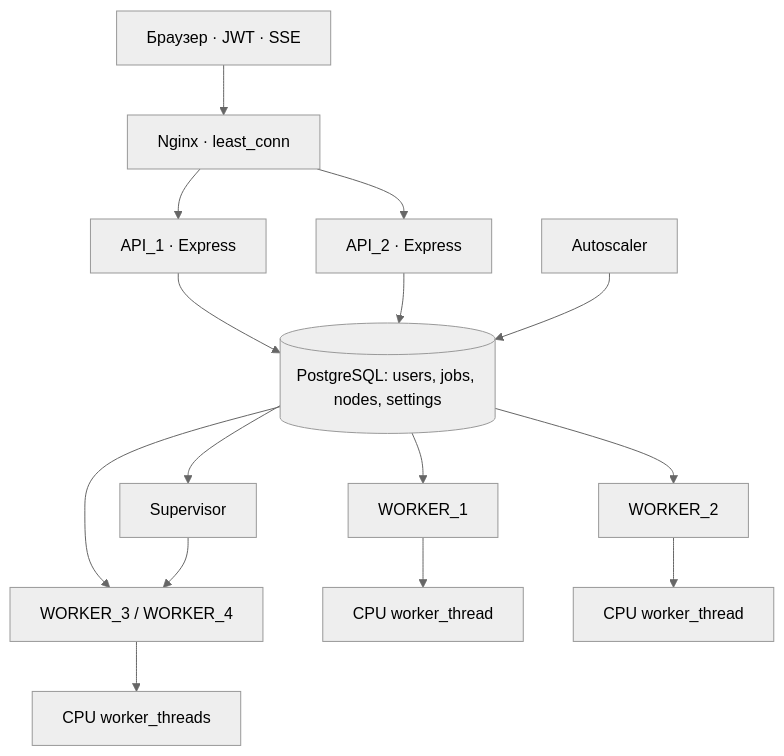
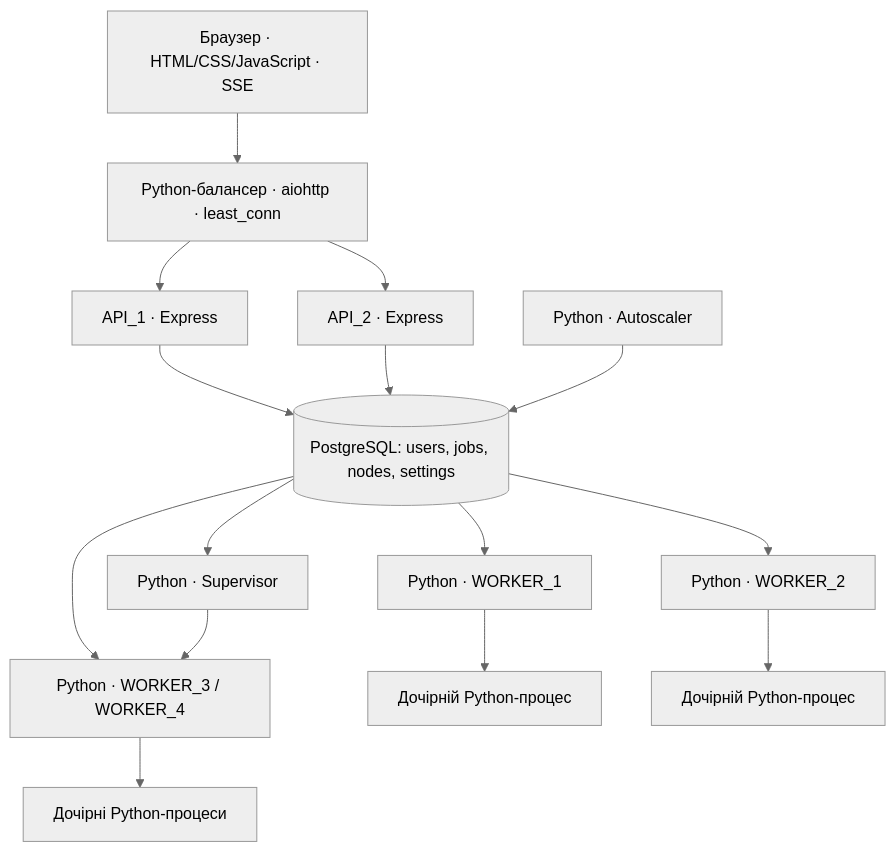
The diagram in docs/ARCHITECTURE.md (SYlence23/tempo-scheduler), drawn with Mermaid (neutral theme) before and after one commit. The commit also changed other lines of this file and 48 other files, not shown here.

````diff
--- a/docs/ARCHITECTURE.md
+++ b/docs/ARCHITECTURE.md
@@ -5,17 +5,17 @@
 ```mermaid
 flowchart TB
-  B[Браузер · JWT · SSE] --> N[Nginx · least_conn]
+  B[Браузер · HTML/CSS/JavaScript · SSE] --> N[Python-балансер · aiohttp · least_conn]
   N --> A1[API_1 · Express]
   N --> A2[API_2 · Express]
   A1 --> DB[(PostgreSQL: users, jobs, nodes, settings)]
   A2 --> DB
-  DB --> W1[WORKER_1]
-  DB --> W2[WORKER_2]
-  DB --> W34[WORKER_3 / WORKER_4]
-  W1 --> T1[CPU worker_thread]
-  W2 --> T2[CPU worker_thread]
-  W34 --> T34[CPU worker_threads]
-  S[Autoscaler] --> DB
-  DB --> C[Supervisor]
+  DB --> W1[Python · WORKER_1]
+  DB --> W2[Python · WORKER_2]
+  DB --> W34[Python · WORKER_3 / WORKER_4]
+  W1 --> T1[Дочірній Python-процес]
+  W2 --> T2[Дочірній Python-процес]
+  W34 --> T34[Дочірні Python-процеси]
+  S[Python · Autoscaler] --> DB
+  DB --> C[Python · Supervisor]
   C --> W34
 ```
````
